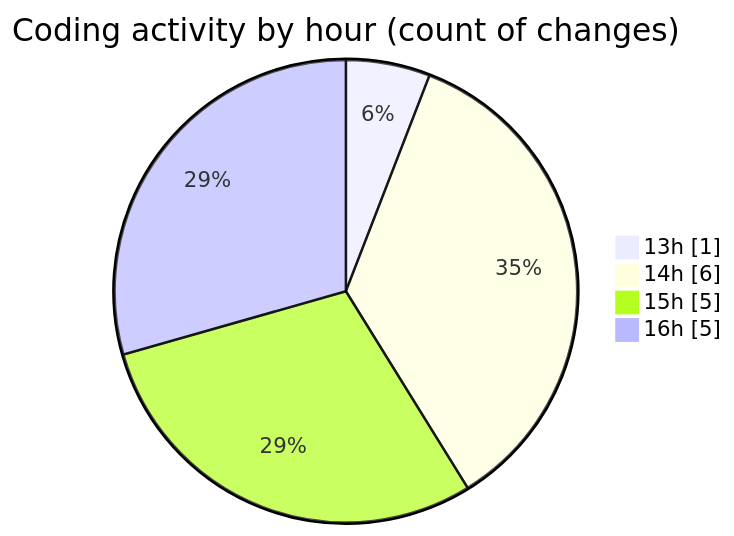
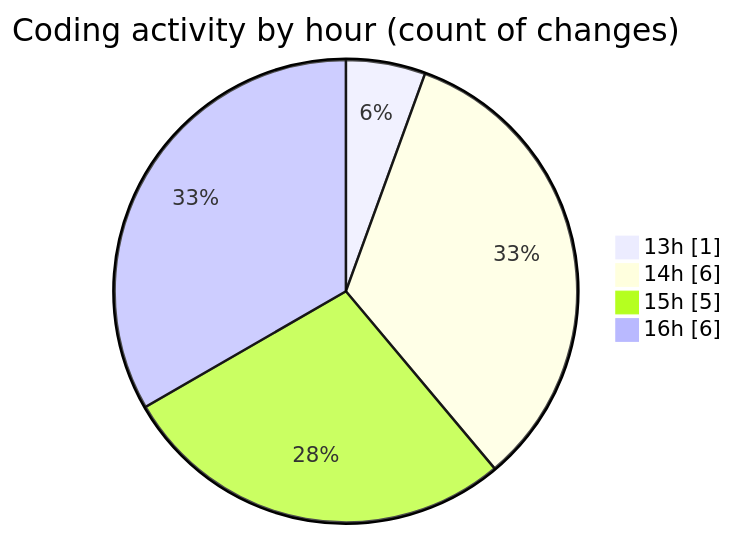
One commit to momahboobian/code-tracking changed the second of 2 diagrams in 2026-10-12/cda/README.md. Above: the diagram before and after it, drawn with Mermaid. The commit also changed other lines of this file and 1 other file, not shown here.

````diff
--- a/2026-10-12/cda/README.md
+++ b/2026-10-12/cda/README.md
@@ -35,8 +35,8 @@
 ```mermaid
 pie showData
 title Coding activity by hour (count of changes)
 "13h" : 1
 "14h" : 6
 "15h" : 5
-"16h" : 5
+"16h" : 6
 ```
````
